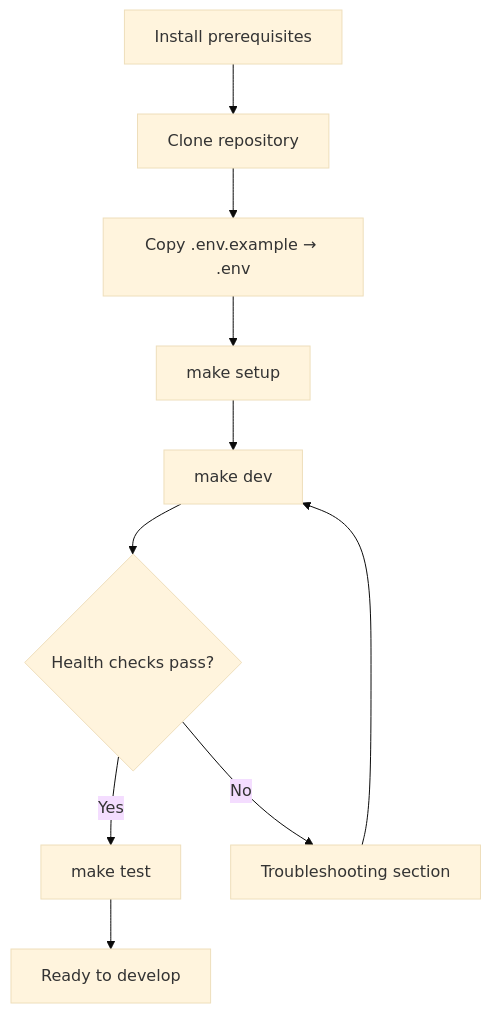
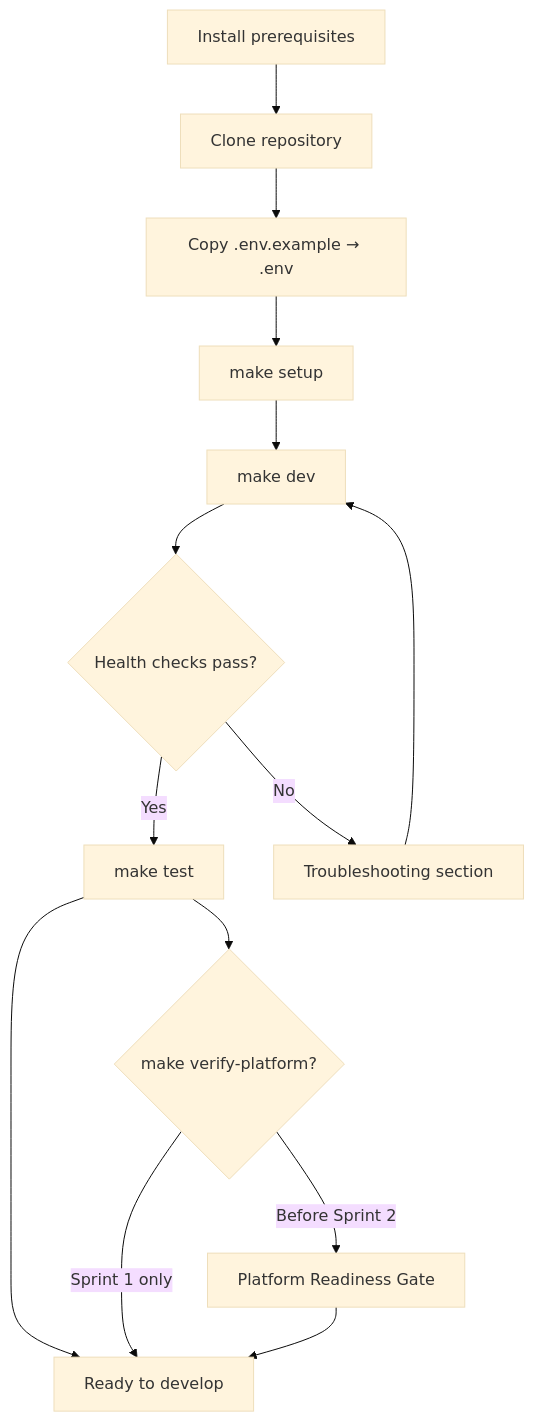
One commit to abhishekthatguy/luxflow-ai changed the first of 5 diagrams in docs/14-playbooks/local-dev-setup.md. Above: the diagram before and after it, drawn with Mermaid (base theme). The commit also changed other lines of this file and 37 other files, not shown here.

````diff
--- a/docs/14-playbooks/local-dev-setup.md
+++ b/docs/14-playbooks/local-dev-setup.md
@@ -72,12 +72,16 @@
 ```mermaid
 flowchart TD
     A[Install prerequisites] --> B[Clone repository]
     B --> C[Copy .env.example → .env]
     C --> D[make setup]
     D --> E[make dev]
     E --> F{Health checks pass?}
     F -->|Yes| G[make test]
     F -->|No| H[Troubleshooting section]
     G --> I[Ready to develop]
+    G --> V{make verify-platform?}
+    V -->|Before Sprint 2| J[Platform Readiness Gate]
+    V -->|Sprint 1 only| I
+    J --> I
     H --> E
 ```
````
